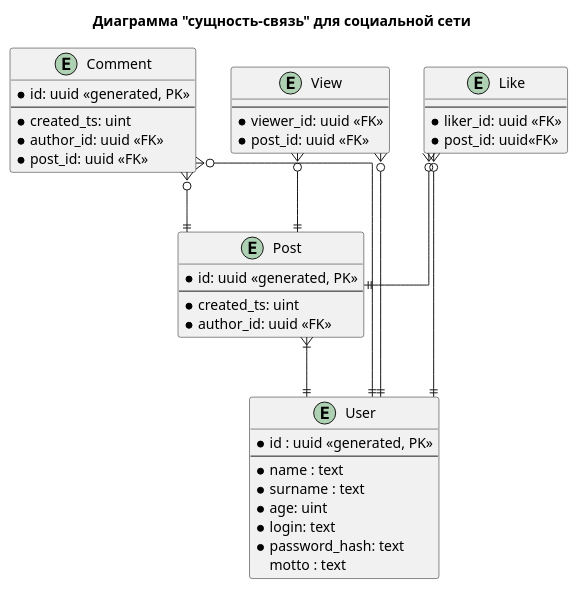
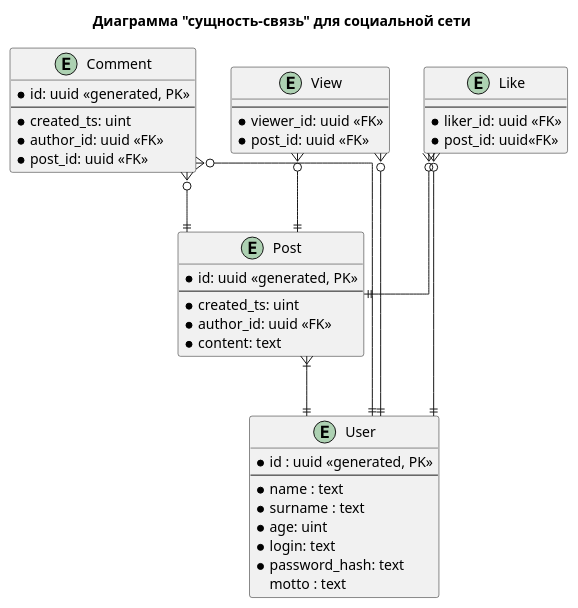
The diagram in doc/er-diagram.puml (aedobrynin/soa-hw), drawn with PlantUML before and after one commit. The commit also changed 28 other files, not shown here.

```diff
--- a/doc/er-diagram.puml
+++ b/doc/er-diagram.puml
@@ -1,62 +1,63 @@
 @startuml ER Diagram
 
 skinparam linetype ortho
 
 title Диаграмма "сущность-связь" для социальной сети
 
 
 ' entities
 
 entity "User" as user {
   *id : uuid <<generated, PK>>
   --
   *name : text
   *surname : text
   *age: uint
   *login: text
   *password_hash: text
   motto : text
 }
 
 entity "Post" as post {
   *id: uuid <<generated, PK>>
   --
   *created_ts: uint
   *author_id: uuid <<FK>>
+  *content: text
 }
 
 
 entity "Comment" as comment {
   *id: uuid <<generated, PK>>
   --
   *created_ts: uint
   *author_id: uuid <<FK>>
   *post_id: uuid <<FK>>
 }
 
 entity "View" as view {
   --
   *viewer_id: uuid <<FK>>
   *post_id: uuid <<FK>>
 }
 
 entity "Like" as like {
   --
   *liker_id: uuid <<FK>>
   *post_id: uuid<<FK>>
 }
 
 
 ' relations
 
 post }|--|| user
 comment }o--|| post
 comment }o--|| user
 
 view }o--|| user
 view }o--|| post
 
 like }o--|| user
 like }o--|| post
 
 @enduml
```
